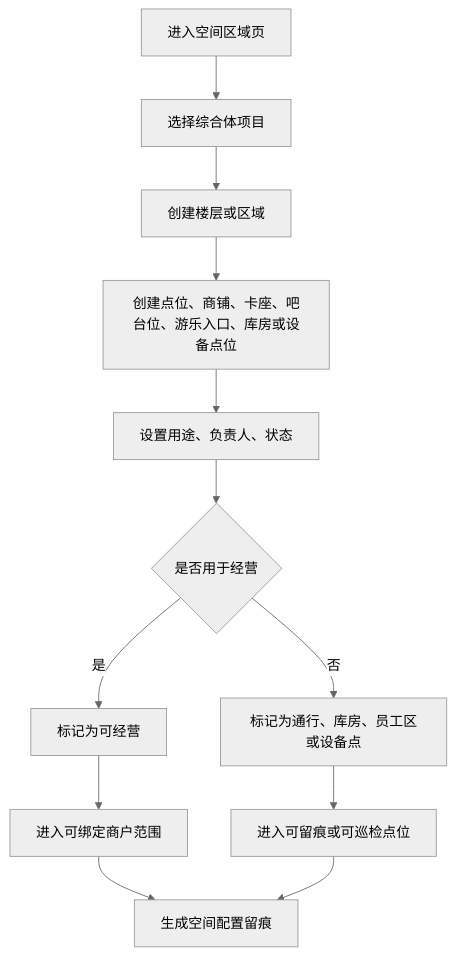
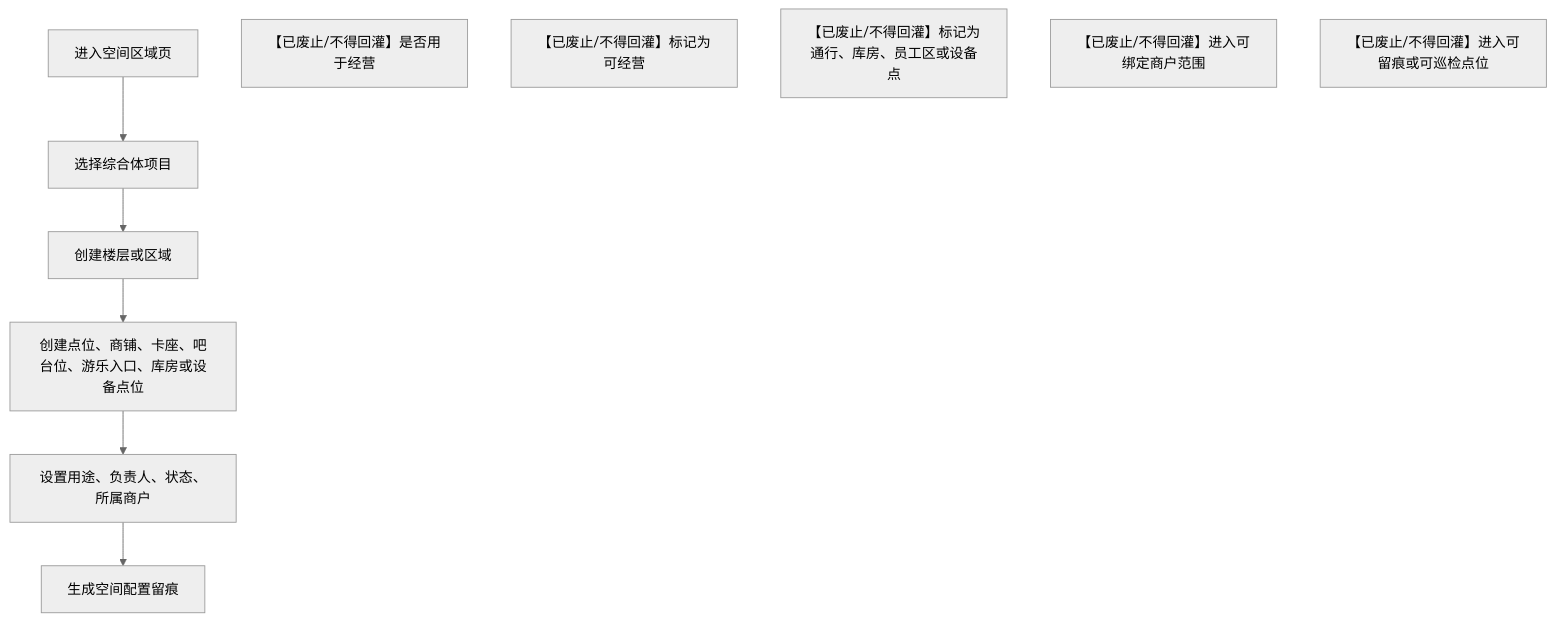
Before and after one commit to jxh1979/mall: the third of 14 diagrams in docs/platform-governance-product-spec-v0.2.md, drawn with Mermaid (neutral theme). The commit also changed other lines of this file and 8 other files, not shown here.

````diff
--- a/docs/platform-governance-product-spec-v0.2.md
+++ b/docs/platform-governance-product-spec-v0.2.md
@@ -1444,14 +1445,14 @@
 ```mermaid
 flowchart TD
     A["进入空间区域页"] --> B["选择综合体项目"]
     B --> C["创建楼层或区域"]
     C --> D["创建点位、商铺、卡座、吧台位、游乐入口、库房或设备点位"]
-    D --> E["设置用途、负责人、状态"]
-    E --> F{"是否用于经营"}
-    F -- "是" --> G["标记为可经营"]
-    F -- "否" --> H["标记为通行、库房、员工区或设备点"]
-    G --> I["进入可绑定商户范围"]
-    H --> J["进入可留痕或可巡检点位"]
-    I --> K["生成空间配置留痕"]
-    J --> K
+    D --> E["设置用途、负责人、状态、所属商户"]
+    E --> K["生成空间配置留痕"]
+    F["【已废止/不得回灌】是否用于经营"]
+    G["【已废止/不得回灌】标记为可经营"]
+    H["【已废止/不得回灌】标记为通行、库房、员工区或设备点"]
+    I["【已废止/不得回灌】进入可绑定商户范围"]
+    J["【已废止/不得回灌】进入可留痕或可巡检点位"]
+    %% 三 HTML 无「是否可经营」绑定路径；GOV 只记录面积、用途、状态、负责人和所属商户
 ```
````
